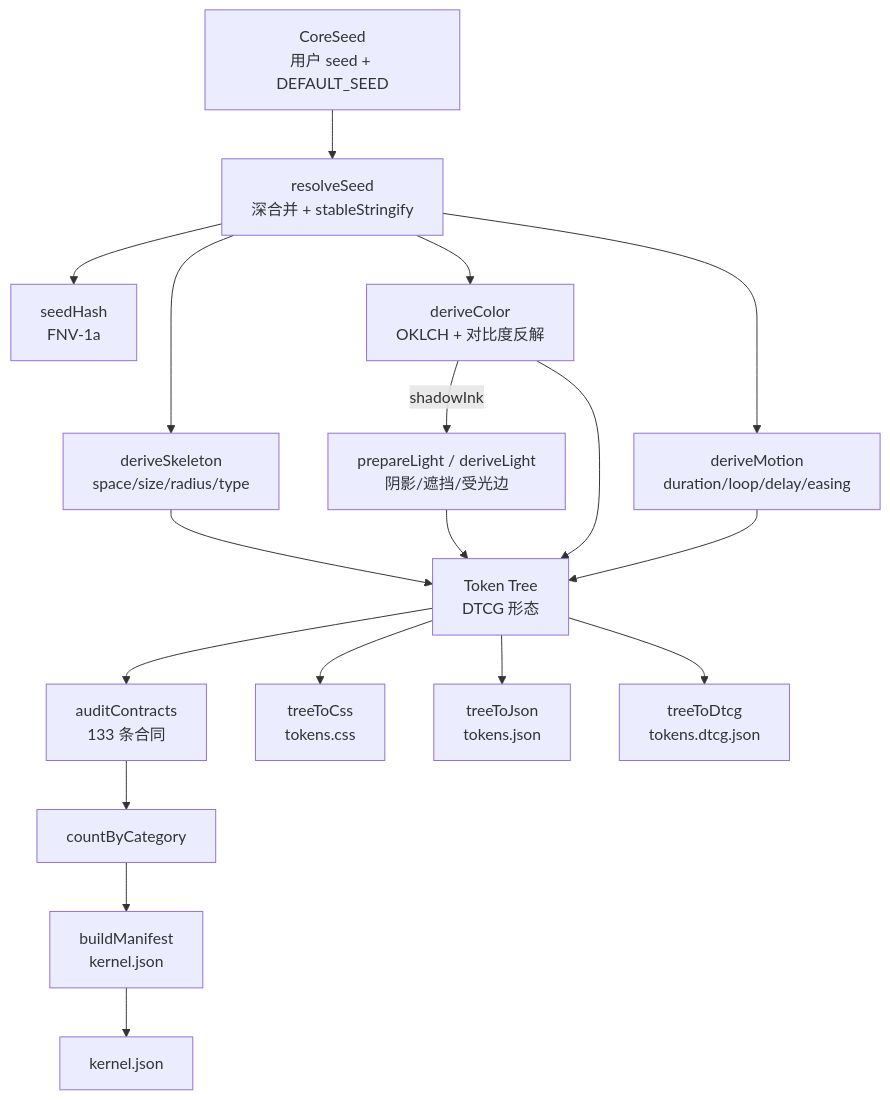
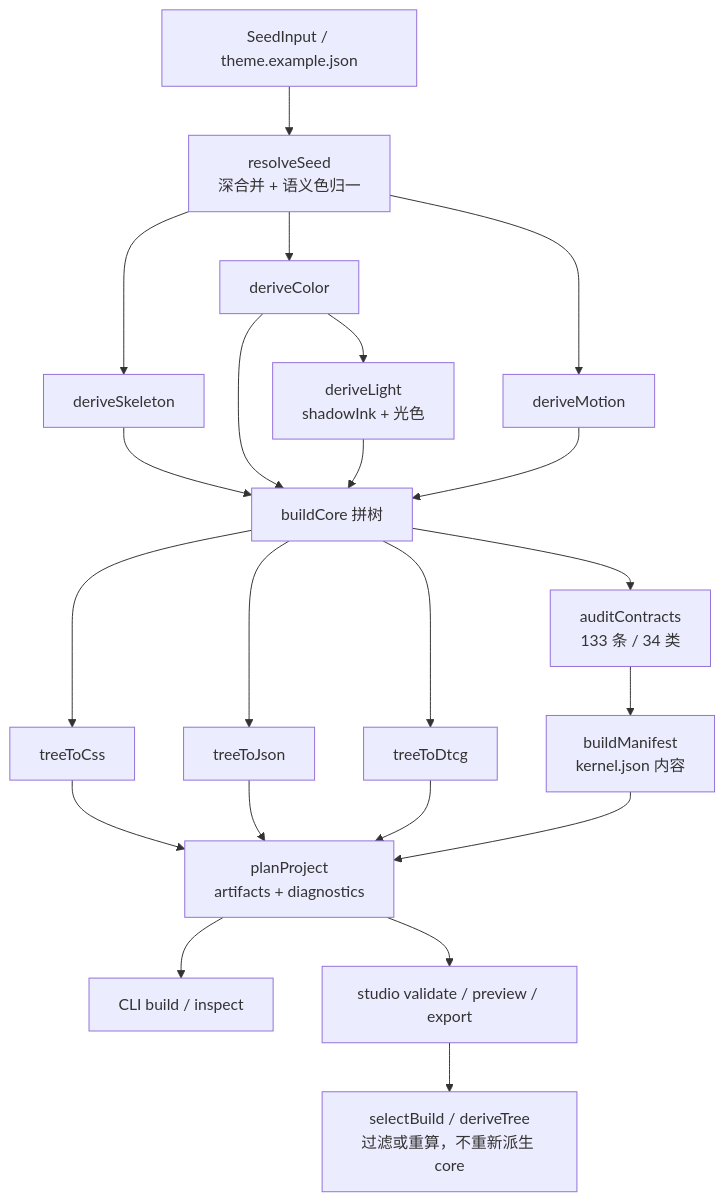
The diagram in 06-web/ultime-space-core/02-architecture.md (FlyForkFork/ForkYou), drawn with Mermaid before and after one commit. The commit also changed other lines of this file and 15 other files, not shown here.

Commit message:
docs: add ultime-space-core analysis

````diff
--- a/06-web/ultime-space-core/02-architecture.md
+++ b/06-web/ultime-space-core/02-architecture.md
@@ -19,20 +52,24 @@
 ```mermaid
-flowchart TB
-    S[CoreSeed<br/>用户 seed + DEFAULT_SEED] --> R[resolveSeed<br/>深合并 + stableStringify]
-    R --> H[seedHash<br/>FNV-1a]
-    R --> SK[deriveSkeleton<br/>space/size/radius/type]
-    R --> CO[deriveColor<br/>OKLCH + 对比度反解]
-    R --> MO[deriveMotion<br/>duration/loop/delay/easing]
-    CO -->|shadowInk| LI[prepareLight / deriveLight<br/>阴影/遮挡/受光边]
-    SK --> T[Token Tree<br/>DTCG 形态]
-    CO --> T
-    MO --> T
-    LI --> T
-    T --> AC[auditContracts<br/>133 条合同]
-    AC --> CN[countByCategory]
-    CN --> M[buildManifest<br/>kernel.json]
-    T --> E1[treeToCss<br/>tokens.css]
-    T --> E2[treeToJson<br/>tokens.json]
-    T --> E3[treeToDtcg<br/>tokens.dtcg.json]
-    M --> E4[kernel.json]
+flowchart TD
+  A[SeedInput / theme.example.json] --> B[resolveSeed<br/>深合并 + 语义色归一]
+  B --> C[deriveSkeleton]
+  B --> D[deriveColor]
+  D --> E[deriveLight<br/>shadowInk + 光色]
+  B --> F[deriveMotion]
+  C --> G[buildCore 拼树]
+  D --> G
+  E --> G
+  F --> G
+  G --> H[auditContracts<br/>133 条 / 34 类]
+  H --> I[buildManifest<br/>kernel.json 内容]
+  G --> J[treeToCss]
+  G --> K[treeToJson]
+  G --> L[treeToDtcg]
+  J --> M[planProject<br/>artifacts + diagnostics]
+  K --> M
+  L --> M
+  I --> M
+  M --> N[CLI build / inspect]
+  M --> O[studio validate / preview / export]
+  O --> P[selectBuild / deriveTree<br/>过滤或重算，不重新派生 core]
 ```
````
